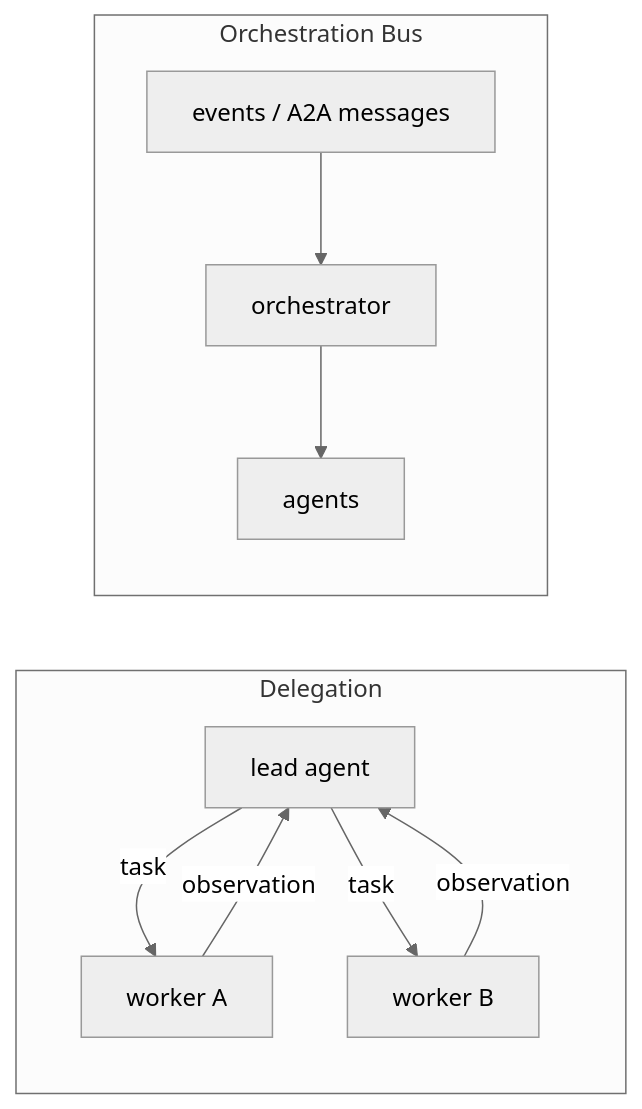
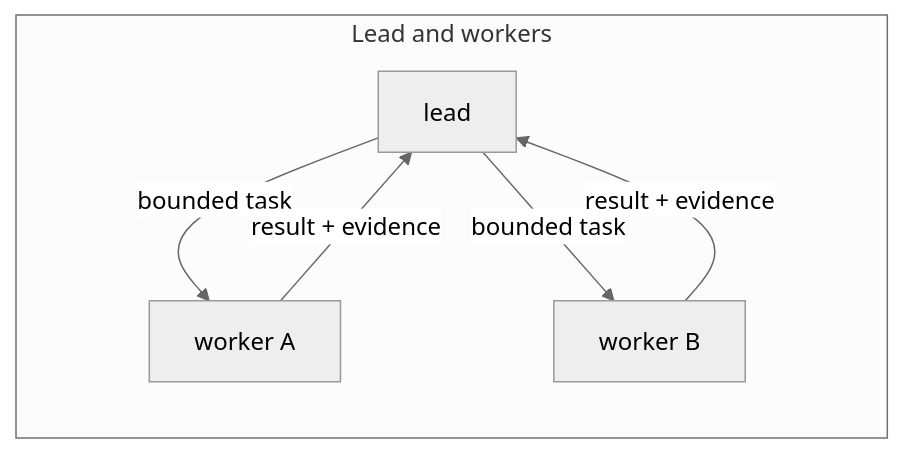
Before and after one commit to balureddy003/Naro: the diagram in docs/learn/09-multi-agent.md, drawn with Mermaid (neutral theme). The commit also changed other lines of this file and 52 other files, not shown here.

````diff
--- a/docs/learn/09-multi-agent.md
+++ b/docs/learn/09-multi-agent.md
@@ -17,12 +12,9 @@
 ```mermaid
 flowchart LR
-    subgraph delegation["Delegation"]
-      L["lead agent"] -->|task| W1["worker A"]
-      L -->|task| W2["worker B"]
-      W1 -->|observation| L
-      W2 -->|observation| L
-    end
-    subgraph bus["Orchestration Bus"]
-      E["events / A2A messages"] --> O["orchestrator"] --> AG["agents"]
+    subgraph delegation["Lead and workers"]
+      L["lead"] -->|bounded task| W1["worker A"]
+      L -->|bounded task| W2["worker B"]
+      W1 -->|result + evidence| L
+      W2 -->|result + evidence| L
     end
 ```
````
